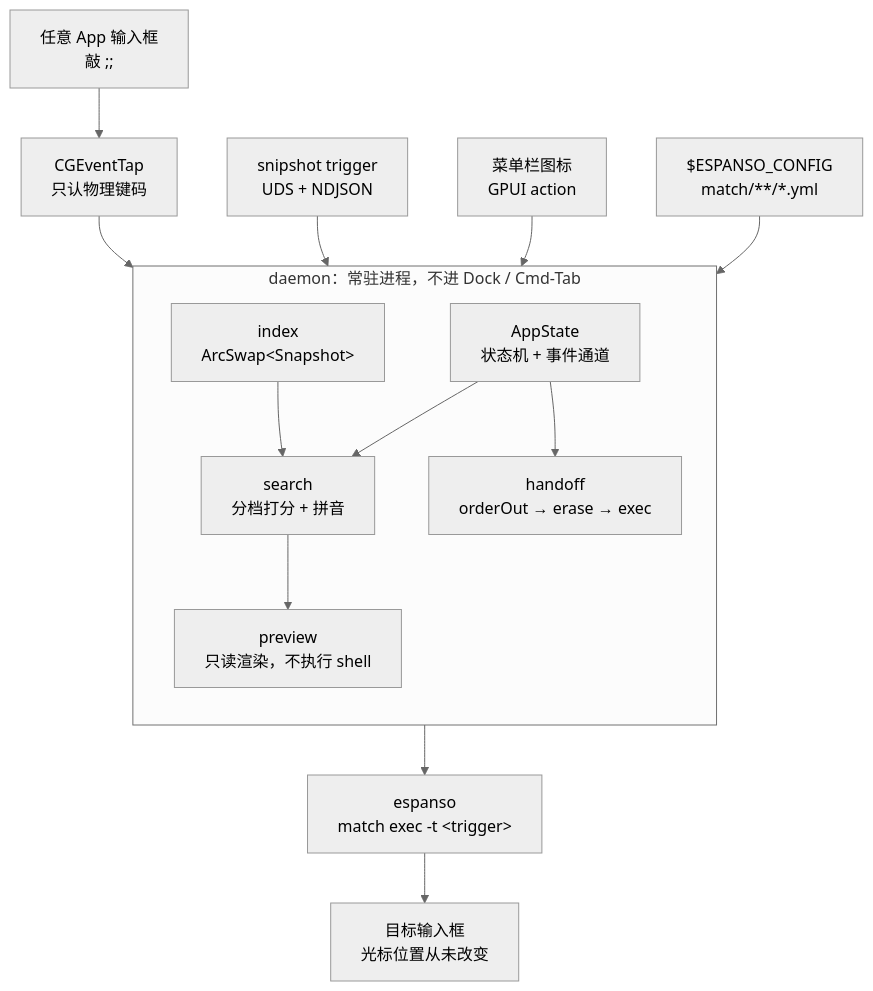
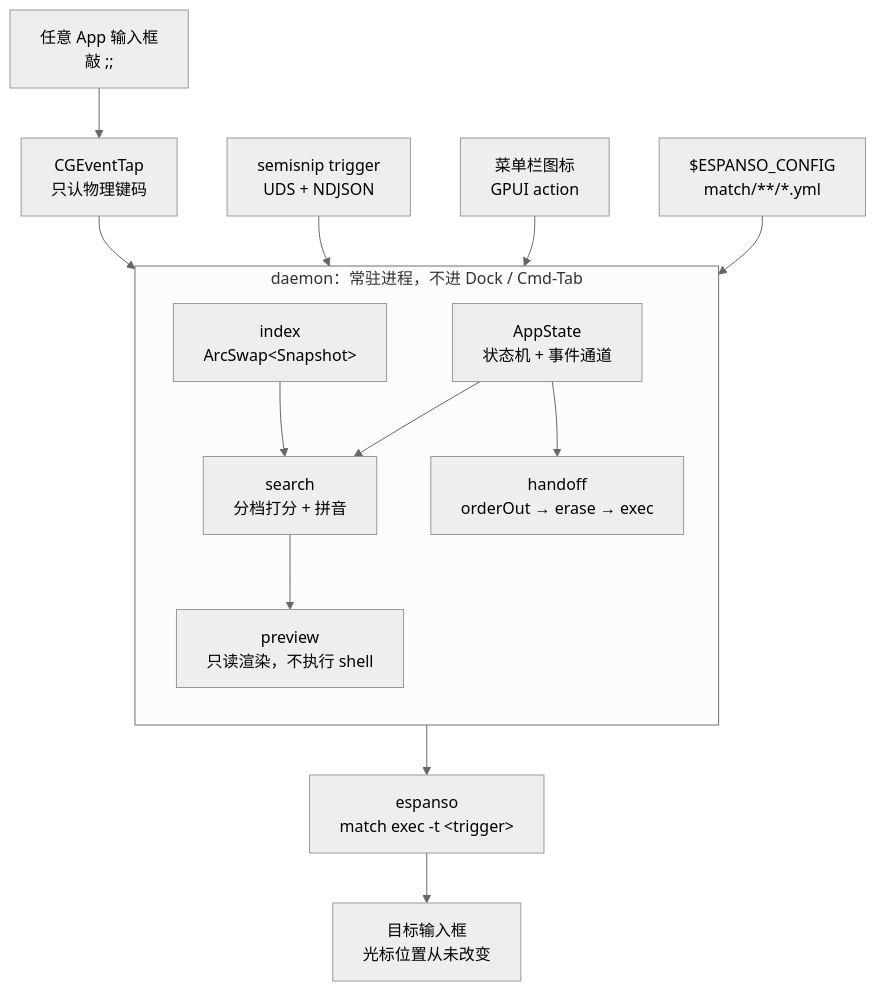
The diagram in README.md (qzsiniong/semisnip), drawn with Mermaid (neutral theme) before and after one commit. The commit also changed other lines of this file and 40 other files, not shown here.

````diff
--- a/README.md
+++ b/README.md
@@ -68,27 +72,27 @@
 ```mermaid
 flowchart TB
     key["任意 App 输入框<br/>敲 ;;"] --> tap["CGEventTap<br/>只认物理键码"]
-    cli["snipshot trigger<br/>UDS + NDJSON"]
+    cli["semisnip trigger<br/>UDS + NDJSON"]
     tray["菜单栏图标<br/>GPUI action"]
     yml["$ESPANSO_CONFIG<br/>match/**/*.yml"]
 
     subgraph core["daemon：常驻进程，不进 Dock / Cmd-Tab"]
         direction TB
         state["AppState<br/>状态机 + 事件通道"]
         idx["index<br/>ArcSwap&lt;Snapshot&gt;"]
         search["search<br/>分档打分 + 拼音"]
         preview["preview<br/>只读渲染，不执行 shell"]
         handoff["handoff<br/>orderOut → erase → exec"]
         idx --> search
         state --> search
         search --> preview
         state --> handoff
     end
 
     tap --> state
     cli --> state
     tray --> state
     yml --> idx
     handoff --> espanso["espanso<br/>match exec -t &lt;trigger&gt;"]
     espanso --> target["目标输入框<br/>光标位置从未改变"]
 ```
````
